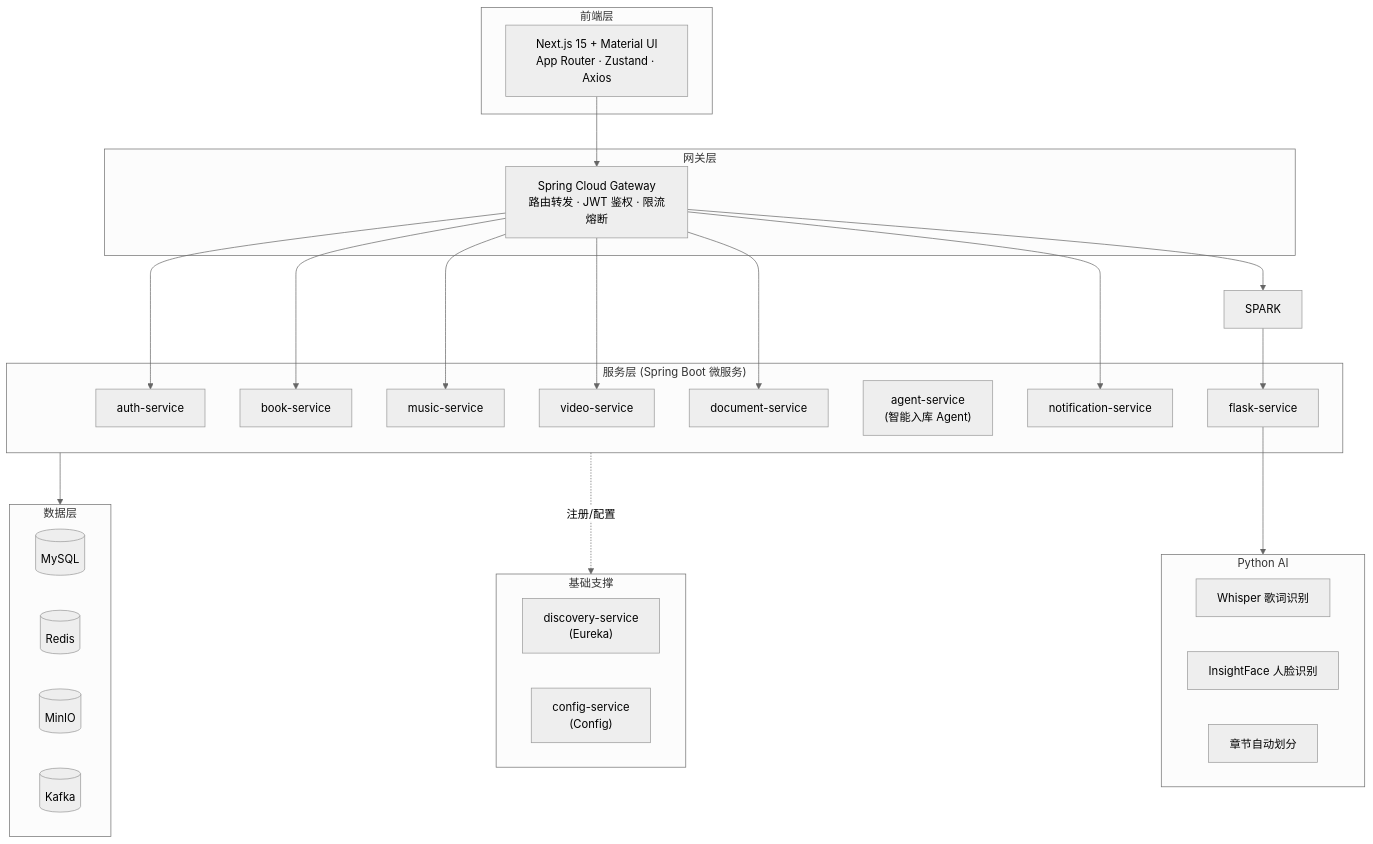
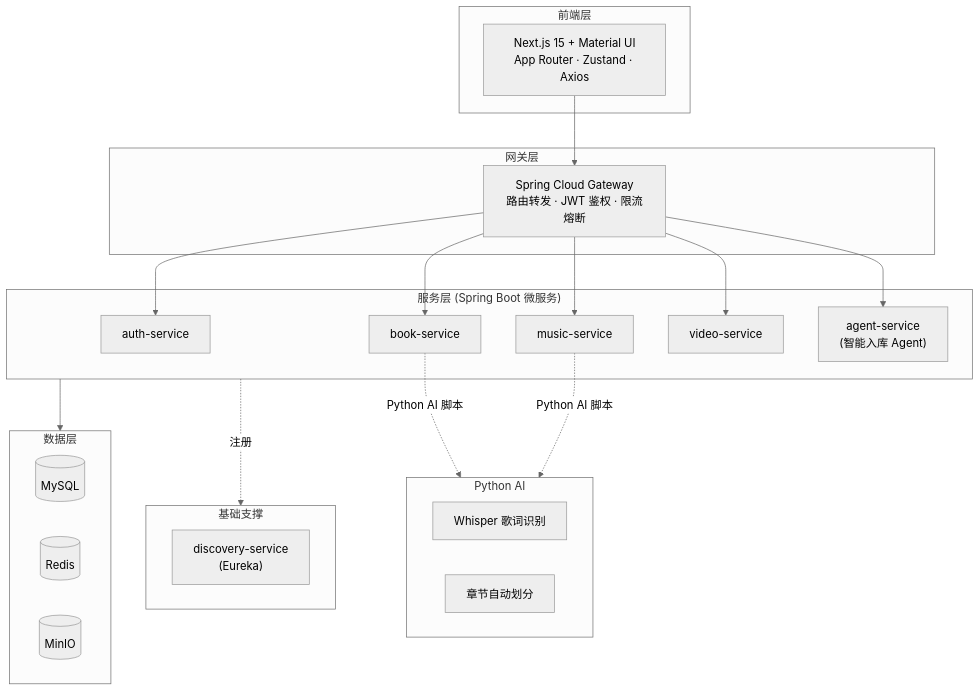
Before and after one commit to JasonCao2003/MediaMinds: the diagram in README.md, drawn with Mermaid (neutral theme). The commit also changed other lines of this file and 153 other files, not shown here.

````diff
--- a/README.md
+++ b/README.md
@@ -63,46 +60,39 @@
 ```mermaid
 flowchart TB
     subgraph FE["前端层"]
         NEXT["Next.js 15 + Material UI<br/>App Router · Zustand · Axios"]
     end
 
     subgraph GW["网关层"]
         GATEWAY["Spring Cloud Gateway<br/>路由转发 · JWT 鉴权 · 限流熔断"]
     end
 
     subgraph SVC["服务层 (Spring Boot 微服务)"]
         AUTH["auth-service"]
         BOOK["book-service"]
         MUSIC["music-service"]
         VIDEO["video-service"]
-        DOC["document-service"]
         AGENT["agent-service<br/>(智能入库 Agent)"]
-        NOTI["notification-service"]
-        FLASK["flask-service"]
     end
 
     subgraph INFRA["基础支撑"]
         EUREKA["discovery-service<br/>(Eureka)"]
-        CONFIG["config-service<br/>(Config)"]
     end
 
     subgraph PY["Python AI"]
         WHISPER["Whisper 歌词识别"]
-        FACE["InsightFace 人脸识别"]
         SPLIT["章节自动划分"]
     end
 
     subgraph DATA["数据层"]
         MYSQL[("MySQL")]
         REDIS[("Redis")]
         MinIO[("MinIO")]
-        KAFKA[("Kafka")]
     end
 
     NEXT --> GATEWAY
-    GATEWAY --> AUTH & BOOK & MUSIC & VIDEO & DOC & SPARK & NOTI
-    SPARK --> FLASK
-    FLASK --> PY
+    GATEWAY --> AUTH & BOOK & MUSIC & VIDEO & AGENT
+    BOOK & MUSIC -.Python AI 脚本.-> PY
     SVC --> DATA
-    SVC -.注册/配置.-> INFRA
+    SVC -.注册.-> INFRA
 ```
````
